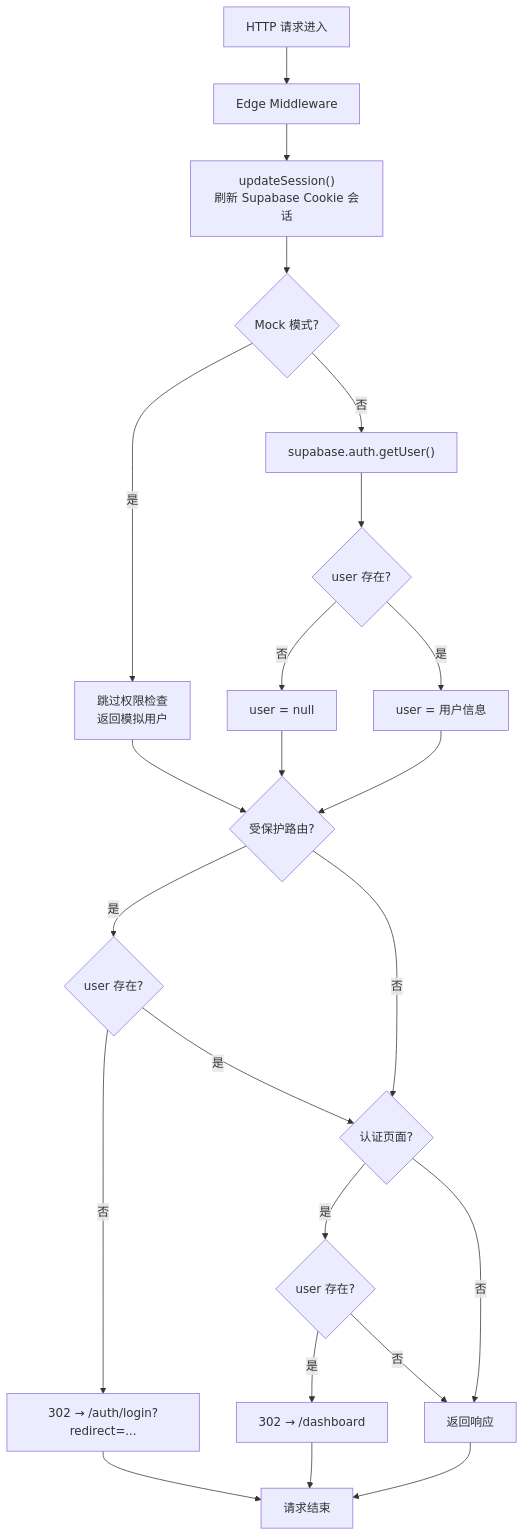
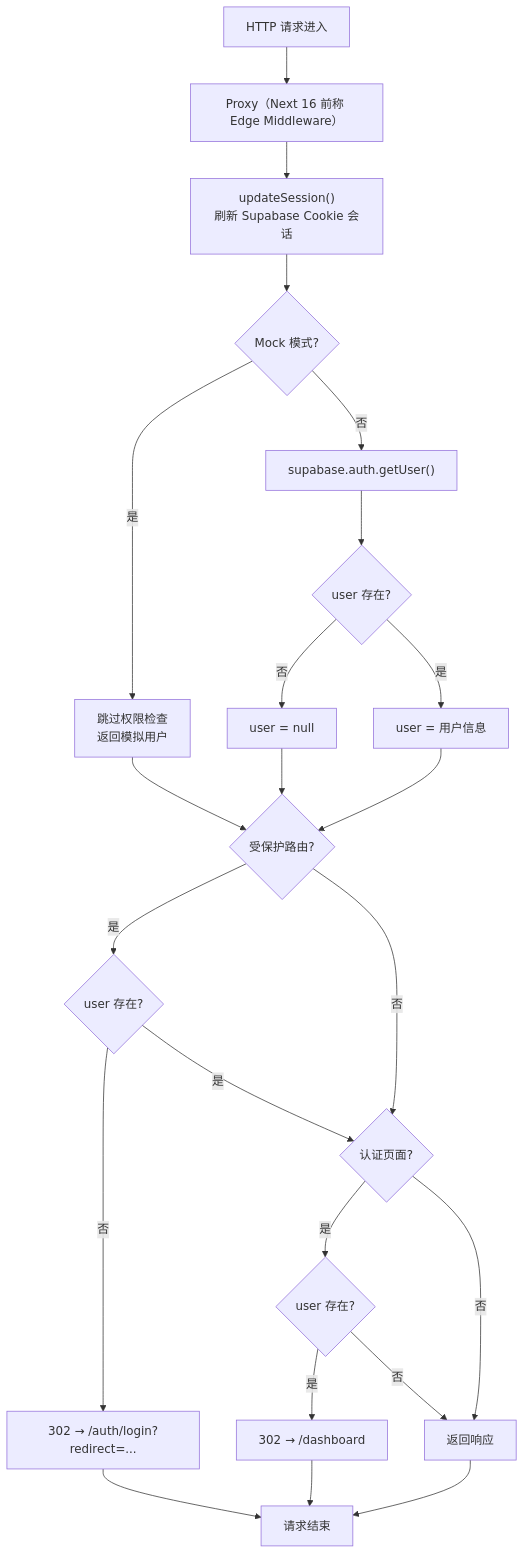
Before and after one commit to Sun1090/IndieStack: the second of 3 diagrams in docs/architecture/04-routing.md, drawn with Mermaid. The commit also changed other lines of this file and 10 other files, not shown here.

````diff
--- a/docs/architecture/04-routing.md
+++ b/docs/architecture/04-routing.md
@@ -25,31 +25,31 @@
 ```mermaid
 flowchart TD
-    Request["HTTP 请求进入"] --> MW["Edge Middleware"]
+    Request["HTTP 请求进入"] --> MW["Proxy（Next 16 前称 Edge Middleware）"]
     MW --> UpdateSession["updateSession()<br/>刷新 Supabase Cookie 会话"]
     UpdateSession --> CheckMock{"Mock 模式?"}
     CheckMock -->|是| SkipAuth["跳过权限检查<br/>返回模拟用户"]
     CheckMock -->|否| GetUser["supabase.auth.getUser()"]
     GetUser --> HasUser{"user 存在?"}
     HasUser -->|否| NoUser["user = null"]
     HasUser -->|是| UserExists["user = 用户信息"]
 
     SkipAuth --> IsProtected{"受保护路由?"}
     NoUser --> IsProtected
     UserExists --> IsProtected
 
     IsProtected -->|是| CheckAuth{"user 存在?"}
     IsProtected -->|否| IsAuthRoute{"认证页面?"}
 
     CheckAuth -->|否| RedirectLogin["302 → /auth/login?redirect=..."]
     CheckAuth -->|是| IsAuthRoute
 
     IsAuthRoute -->|是| CheckAuth2{"user 存在?"}
     IsAuthRoute -->|否| ReturnResponse["返回响应"]
 
     CheckAuth2 -->|是| RedirectDashboard["302 → /dashboard"]
     CheckAuth2 -->|否| ReturnResponse
 
     RedirectLogin --> End["请求结束"]
     RedirectDashboard --> End
     ReturnResponse --> End
 ```
````
